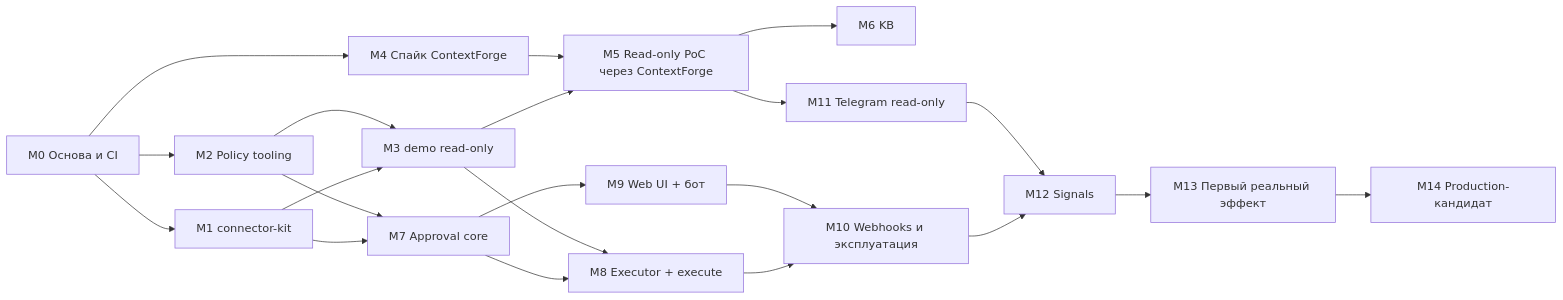
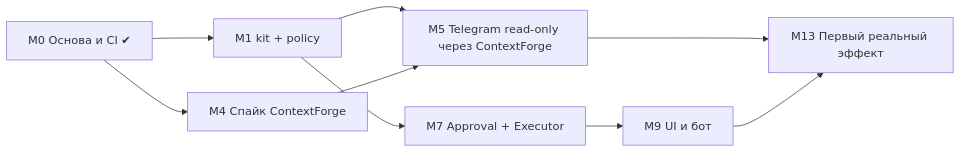
The diagram in docs/implementation-plan-v1.md (dmitry-v-ko/GxG-hub), drawn with Mermaid before and after one commit. The commit also changed other lines of this file and 2 other files, not shown here.

````diff
--- a/docs/implementation-plan-v1.md
+++ b/docs/implementation-plan-v1.md
@@ -21,23 +43,11 @@
 ```mermaid
 flowchart LR
-  M0[M0 Основа и CI] --> M1[M1 connector-kit]
-  M0 --> M2[M2 Policy tooling]
+  M0[M0 Основа и CI ✔] --> M1[M1 kit + policy]
   M0 --> M4[M4 Спайк ContextForge]
-  M1 --> M3[M3 demo read-only]
-  M2 --> M3
-  M3 --> M5[M5 Read-only PoC через ContextForge]
+  M1 --> M5[M5 Telegram read-only через ContextForge]
   M4 --> M5
-  M5 --> M6[M6 KB]
-  M1 --> M7[M7 Approval core]
-  M2 --> M7
-  M7 --> M8[M8 Executor + execute]
-  M3 --> M8
-  M7 --> M9[M9 Web UI + бот]
-  M8 --> M10[M10 Webhooks и эксплуатация]
-  M9 --> M10
-  M5 --> M11[M11 Telegram read-only]
-  M10 --> M12[M12 Signals]
-  M11 --> M12
-  M12 --> M13[M13 Первый реальный эффект]
-  M13 --> M14[M14 Production-кандидат]
+  M1 --> M7[M7 Approval + Executor]
+  M7 --> M9[M9 UI и бот]
+  M5 --> M13[M13 Первый реальный эффект]
+  M9 --> M13
 ```
````
